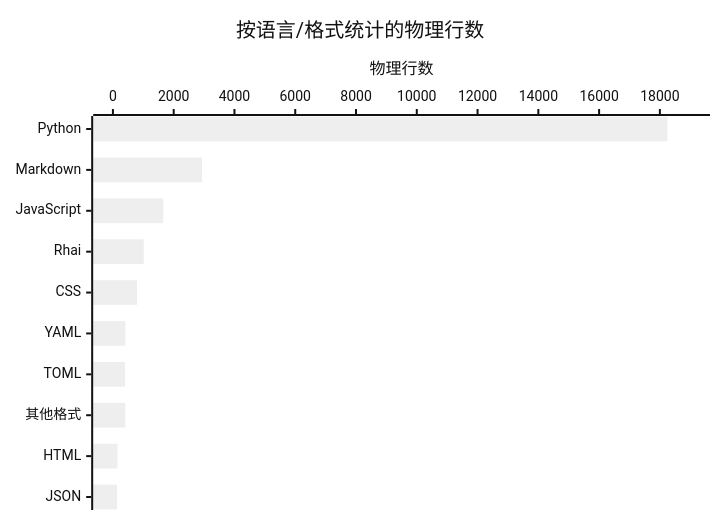
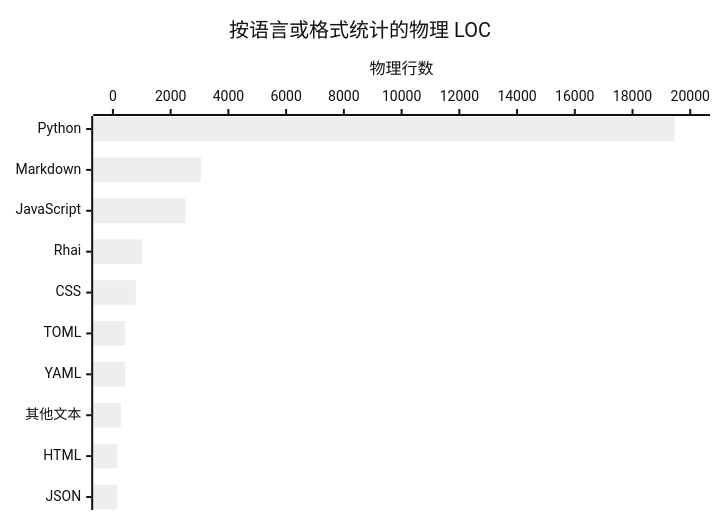
One commit to oldwinter/herdr-orchestrator changed the first of 2 diagrams in droid-wiki/by-the-numbers.md. Above: the diagram before and after it, drawn with Mermaid (neutral theme). The commit also changed other lines of this file and 62 other files, not shown here.

````diff
--- a/droid-wiki/by-the-numbers.md
+++ b/droid-wiki/by-the-numbers.md
@@ -16,7 +24,7 @@
 ```mermaid
 xychart-beta horizontal
-    title "按语言/格式统计的物理行数"
-    x-axis ["Python", "Markdown", "JavaScript", "Rhai", "CSS", "YAML", "TOML", "其他格式", "HTML", "JSON"]
-    y-axis "物理行数" 0 --> 19000
-    bar [18249, 2931, 1656, 1012, 791, 410, 398, 408, 151, 134]
+    title "按语言或格式统计的物理 LOC"
+    x-axis ["Python", "Markdown", "JavaScript", "Rhai", "CSS", "TOML", "YAML", "其他文本", "HTML", "JSON"]
+    y-axis "物理行数" 0 --> 20000
+    bar [19459, 3054, 2516, 1012, 791, 427, 422, 274, 151, 150]
 ```
````
